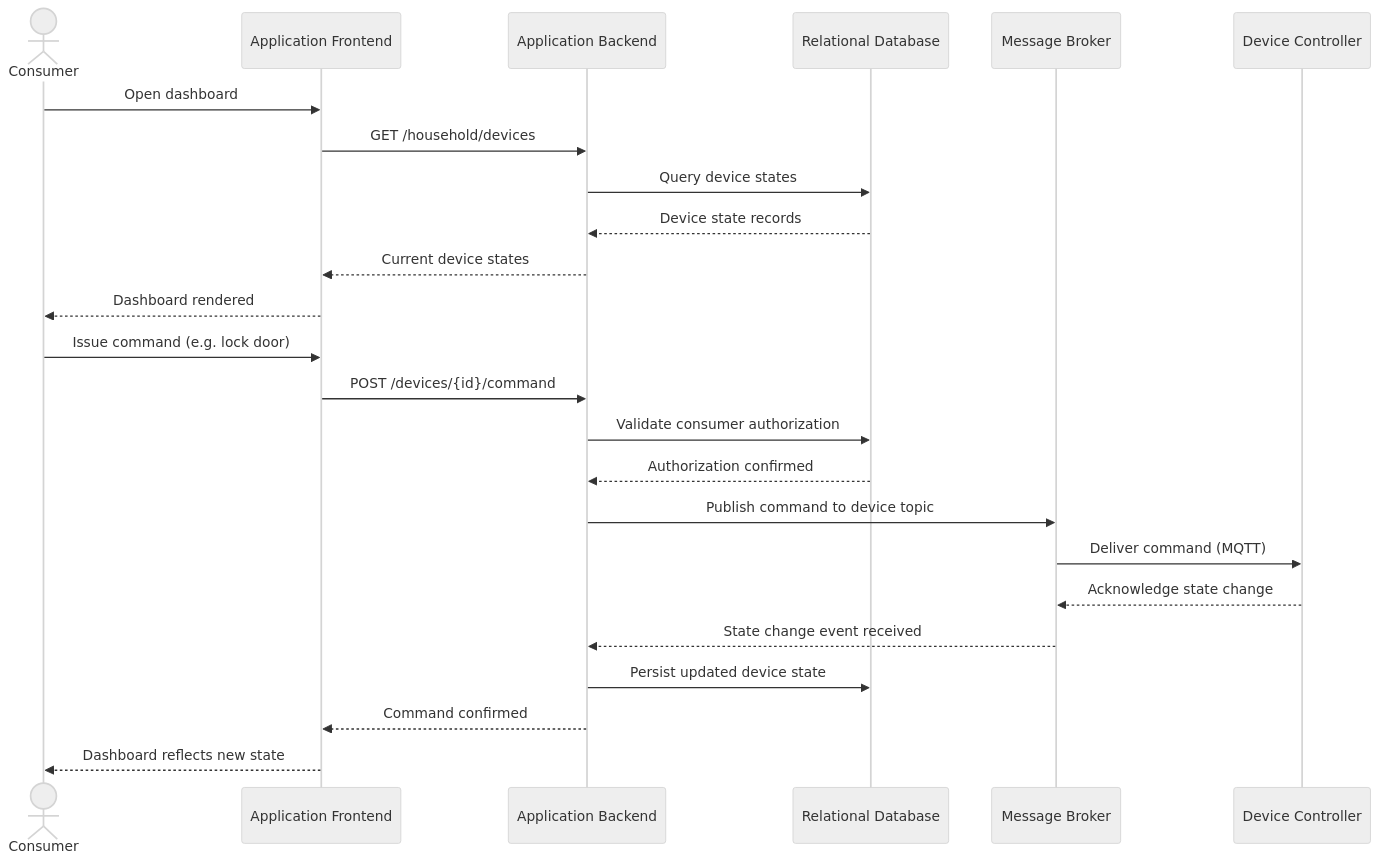
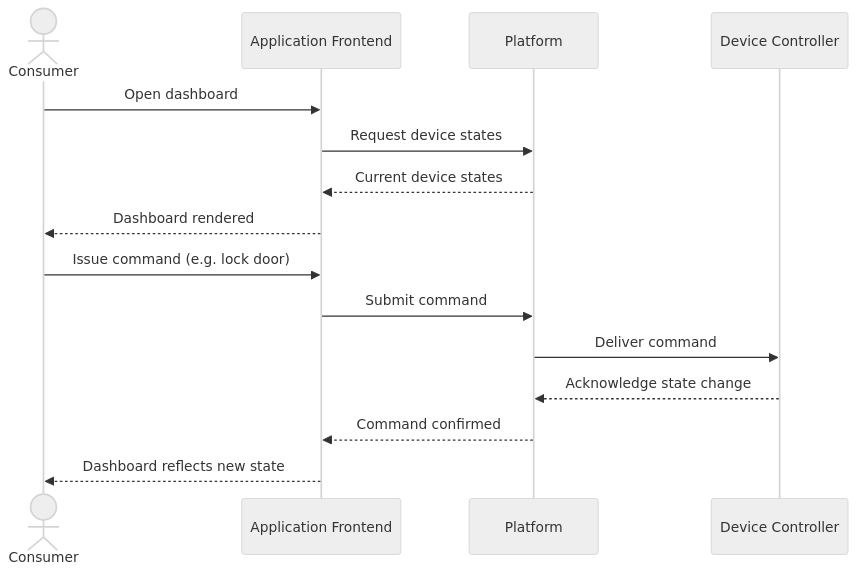
Before and after one commit to GarrettGruss/CS7346-401-report: the first of 8 diagrams in docs/report/sections/03_use_cases/use_cases.md, drawn with Mermaid (neutral theme). The commit also changed other lines of this file and 10 other files, not shown here.

Commit message:
fix(03_use_cases): Simplifying use cases and re rendering diagrams with higher resoltuion fix(01_introduction): reducing content fix(05_quality attributes): adding requirements fix(08_cloud services): simplifying cloud components to bullet point list

````diff
--- a/docs/report/sections/03_use_cases/use_cases.md
+++ b/docs/report/sections/03_use_cases/use_cases.md
@@ -49,28 +49,19 @@
 ```mermaid
 sequenceDiagram
     actor Consumer
     participant Frontend as Application Frontend
-    participant Backend as Application Backend
-    participant DB as Relational Database
-    participant Broker as Message Broker
+    participant Platform as Platform
     participant Controller as Device Controller
 
     Consumer->>Frontend: Open dashboard
-    Frontend->>Backend: GET /household/devices
-    Backend->>DB: Query device states
-    DB-->>Backend: Device state records
-    Backend-->>Frontend: Current device states
+    Frontend->>Platform: Request device states
+    Platform-->>Frontend: Current device states
     Frontend-->>Consumer: Dashboard rendered
 
     Consumer->>Frontend: Issue command (e.g. lock door)
-    Frontend->>Backend: POST /devices/{id}/command
-    Backend->>DB: Validate consumer authorization
-    DB-->>Backend: Authorization confirmed
-    Backend->>Broker: Publish command to device topic
-    Broker->>Controller: Deliver command (MQTT)
-    Controller-->>Broker: Acknowledge state change
-    Broker-->>Backend: State change event received
-    Backend->>DB: Persist updated device state
-    Backend-->>Frontend: Command confirmed
+    Frontend->>Platform: Submit command
+    Platform->>Controller: Deliver command
+    Controller-->>Platform: Acknowledge state change
+    Platform-->>Frontend: Command confirmed
     Frontend-->>Consumer: Dashboard reflects new state
 ```
````
